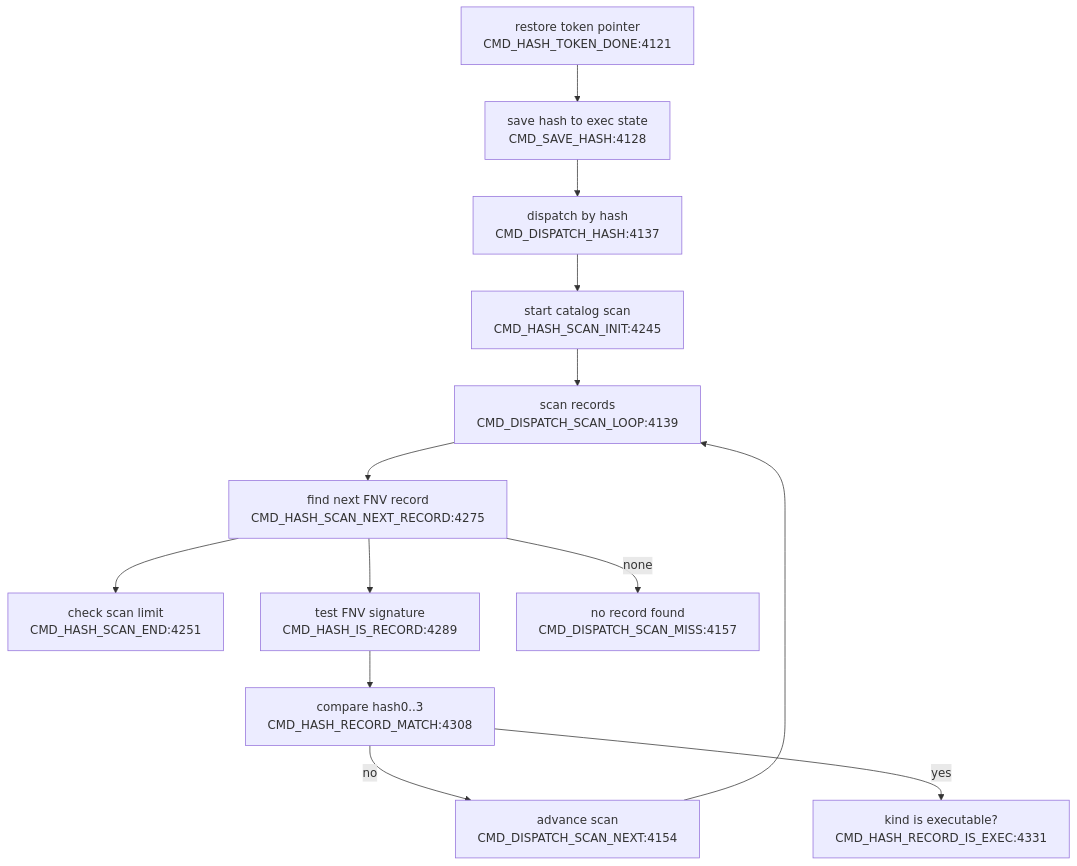
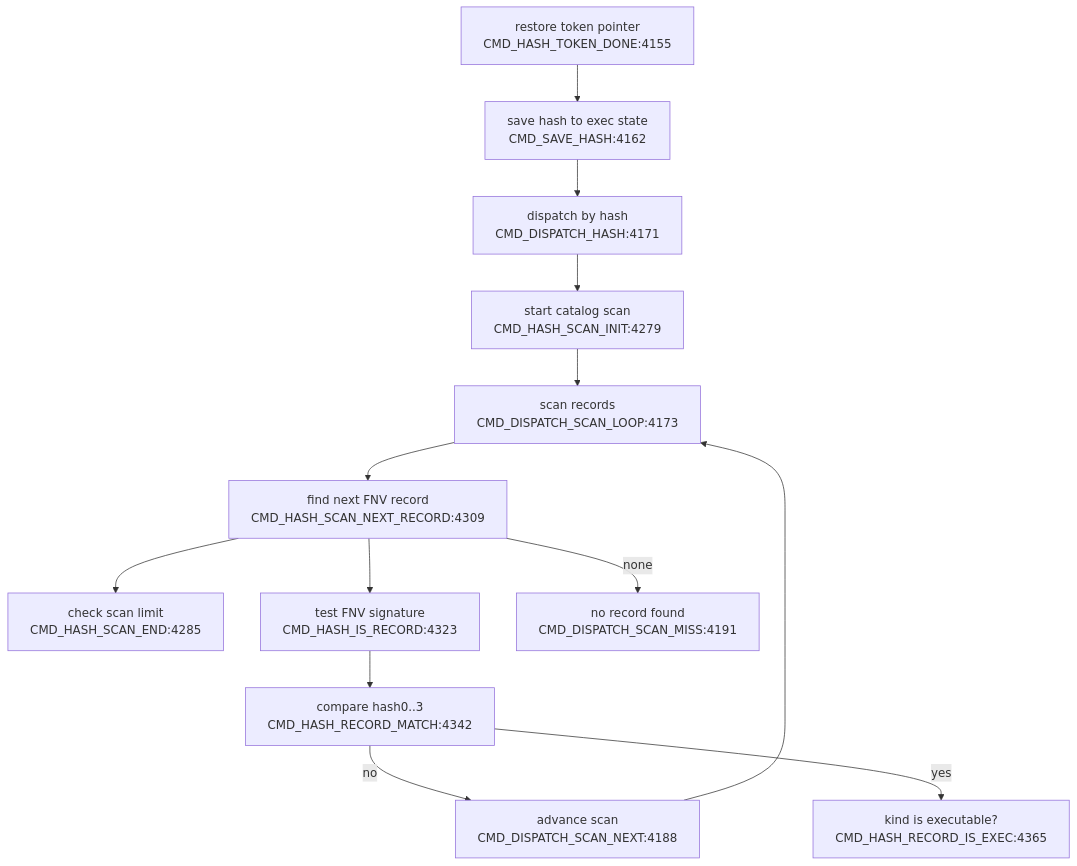
The third of 4 diagrams in DOC/GENERATED/CMD_FLOW_MAP.md (95westus/R-YORS), drawn with Mermaid before and after one commit. The commit also changed other lines of this file and 29 other files, not shown here.

````diff
--- a/DOC/GENERATED/CMD_FLOW_MAP.md
+++ b/DOC/GENERATED/CMD_FLOW_MAP.md
@@ -40,15 +40,15 @@
 ```mermaid
 flowchart TD
-    DONE["restore token pointer<br/>CMD_HASH_TOKEN_DONE:4121"] --> SAVEHASH["save hash to exec state<br/>CMD_SAVE_HASH:4128"]
-    SAVEHASH --> DISPATCH["dispatch by hash<br/>CMD_DISPATCH_HASH:4137"]
-    DISPATCH --> SCANINIT["start catalog scan<br/>CMD_HASH_SCAN_INIT:4245"]
-    SCANINIT --> SCANLOOP["scan records<br/>CMD_DISPATCH_SCAN_LOOP:4139"]
-    SCANLOOP --> NEXTREC["find next FNV record<br/>CMD_HASH_SCAN_NEXT_RECORD:4275"]
-    NEXTREC --> ENDCHK["check scan limit<br/>CMD_HASH_SCAN_END:4251"]
-    NEXTREC --> ISREC["test FNV signature<br/>CMD_HASH_IS_RECORD:4289"]
-    NEXTREC -->|none| MISS["no record found<br/>CMD_DISPATCH_SCAN_MISS:4157"]
-    ISREC --> MATCH["compare hash0..3<br/>CMD_HASH_RECORD_MATCH:4308"]
-    MATCH -->|no| ADV["advance scan<br/>CMD_DISPATCH_SCAN_NEXT:4154"]
+    DONE["restore token pointer<br/>CMD_HASH_TOKEN_DONE:4155"] --> SAVEHASH["save hash to exec state<br/>CMD_SAVE_HASH:4162"]
+    SAVEHASH --> DISPATCH["dispatch by hash<br/>CMD_DISPATCH_HASH:4171"]
+    DISPATCH --> SCANINIT["start catalog scan<br/>CMD_HASH_SCAN_INIT:4279"]
+    SCANINIT --> SCANLOOP["scan records<br/>CMD_DISPATCH_SCAN_LOOP:4173"]
+    SCANLOOP --> NEXTREC["find next FNV record<br/>CMD_HASH_SCAN_NEXT_RECORD:4309"]
+    NEXTREC --> ENDCHK["check scan limit<br/>CMD_HASH_SCAN_END:4285"]
+    NEXTREC --> ISREC["test FNV signature<br/>CMD_HASH_IS_RECORD:4323"]
+    NEXTREC -->|none| MISS["no record found<br/>CMD_DISPATCH_SCAN_MISS:4191"]
+    ISREC --> MATCH["compare hash0..3<br/>CMD_HASH_RECORD_MATCH:4342"]
+    MATCH -->|no| ADV["advance scan<br/>CMD_DISPATCH_SCAN_NEXT:4188"]
     ADV --> SCANLOOP
-    MATCH -->|yes| EXECOK["kind is executable?<br/>CMD_HASH_RECORD_IS_EXEC:4331"]
+    MATCH -->|yes| EXECOK["kind is executable?<br/>CMD_HASH_RECORD_IS_EXEC:4365"]
 ```
````
